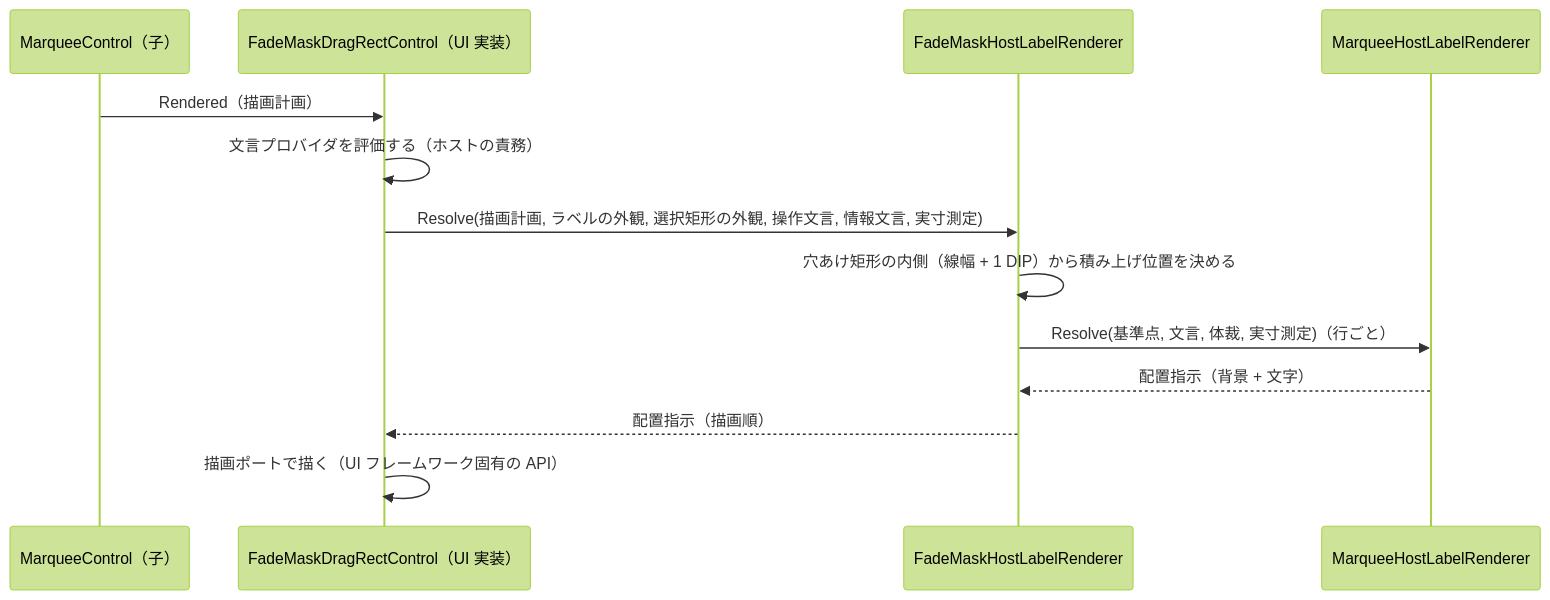
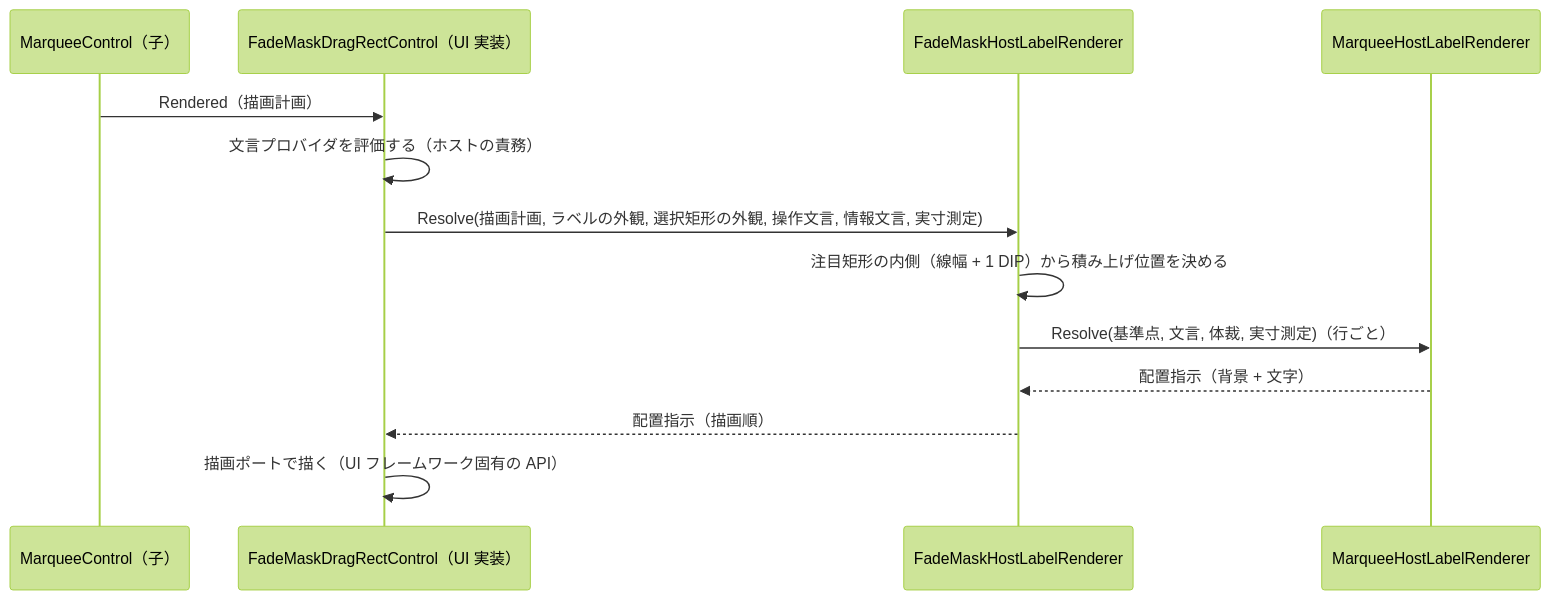
One commit to tomokuni/SaveEvidence changed the fourth of 5 diagrams in src/FadeMaskDragRectControl.UIBase/SPEC_System.md. Above: the diagram before and after it, drawn with Mermaid (forest theme). The commit also changed other lines of this file and 106 other files, not shown here.

````diff
--- a/src/FadeMaskDragRectControl.UIBase/SPEC_System.md
+++ b/src/FadeMaskDragRectControl.UIBase/SPEC_System.md
@@ -105,16 +105,16 @@
 ```mermaid
 sequenceDiagram
   participant MC as MarqueeControl（子）
   participant UI as FadeMaskDragRectControl（UI 実装）
   participant UB as FadeMaskHostLabelRenderer
   participant MH as MarqueeHostLabelRenderer
 
   MC->>UI: Rendered（描画計画）
   UI->>UI: 文言プロバイダを評価する（ホストの責務）
   UI->>UB: Resolve(描画計画, ラベルの外観, 選択矩形の外観, 操作文言, 情報文言, 実寸測定)
-  UB->>UB: 穴あけ矩形の内側（線幅 + 1 DIP）から積み上げ位置を決める
+  UB->>UB: 注目矩形の内側（線幅 + 1 DIP）から積み上げ位置を決める
   UB->>MH: Resolve(基準点, 文言, 体裁, 実寸測定)（行ごと）
   MH-->>UB: 配置指示（背景 + 文字）
   UB-->>UI: 配置指示（描画順）
   UI->>UI: 描画ポートで描く（UI フレームワーク固有の API）
 ```
````
